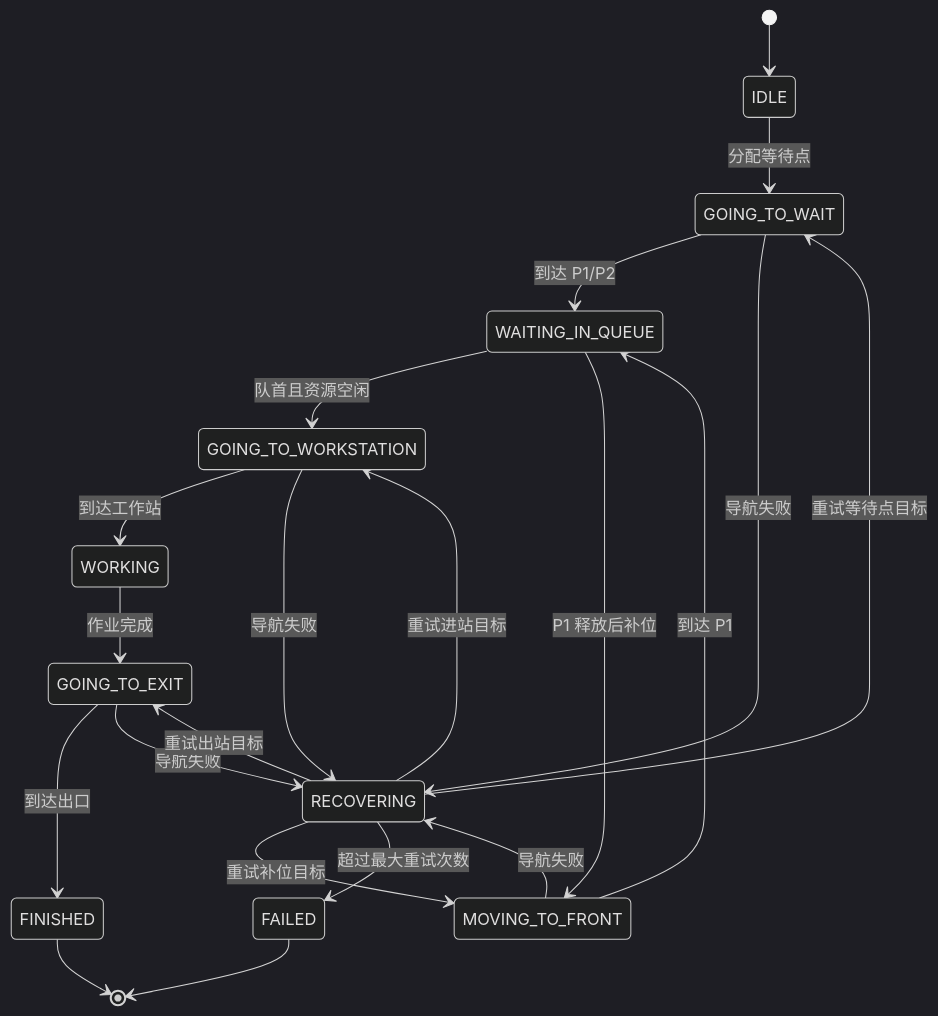
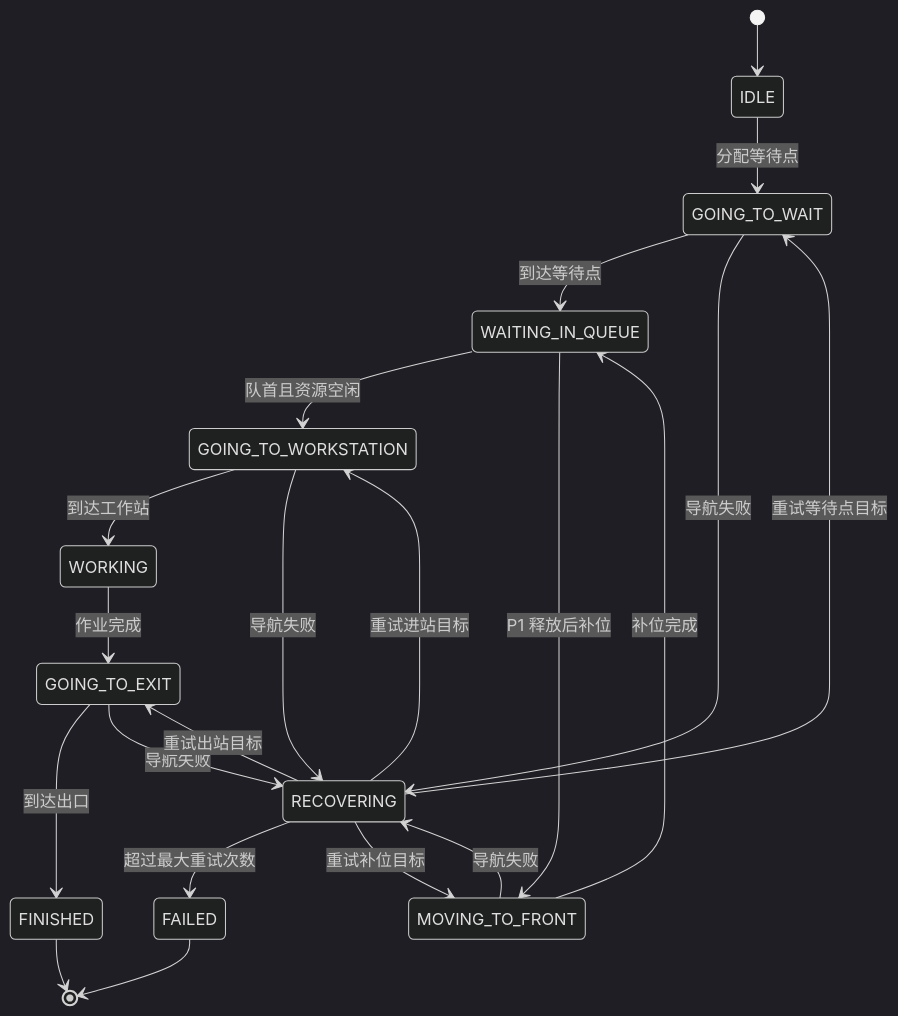
One commit to gghzz/ros2-nav2-multi-robot-queue-scheduling changed the second of 2 diagrams in README.md. Above: the diagram before and after it, drawn with Mermaid (dark theme). The commit also changed other lines of this file, not shown here.

````diff
--- a/README.md
+++ b/README.md
@@ -64,31 +94,31 @@
 ```mermaid
 stateDiagram-v2
     [*] --> IDLE
 
     IDLE --> GOING_TO_WAIT: 分配等待点
-    GOING_TO_WAIT --> WAITING_IN_QUEUE: 到达 P1/P2
+    GOING_TO_WAIT --> WAITING_IN_QUEUE: 到达等待点
 
     WAITING_IN_QUEUE --> GOING_TO_WORKSTATION: 队首且资源空闲
     WAITING_IN_QUEUE --> MOVING_TO_FRONT: P1 释放后补位
 
-    MOVING_TO_FRONT --> WAITING_IN_QUEUE: 到达 P1
+    MOVING_TO_FRONT --> WAITING_IN_QUEUE: 补位完成
 
     GOING_TO_WORKSTATION --> WORKING: 到达工作站
     WORKING --> GOING_TO_EXIT: 作业完成
 
     GOING_TO_EXIT --> FINISHED: 到达出口
 
     GOING_TO_WAIT --> RECOVERING: 导航失败
     MOVING_TO_FRONT --> RECOVERING: 导航失败
     GOING_TO_WORKSTATION --> RECOVERING: 导航失败
     GOING_TO_EXIT --> RECOVERING: 导航失败
 
+    RECOVERING --> FAILED: 超过最大重试次数
     RECOVERING --> GOING_TO_WAIT: 重试等待点目标
     RECOVERING --> MOVING_TO_FRONT: 重试补位目标
     RECOVERING --> GOING_TO_WORKSTATION: 重试进站目标
     RECOVERING --> GOING_TO_EXIT: 重试出站目标
-    RECOVERING --> FAILED: 超过最大重试次数
 
     FINISHED --> [*]
     FAILED --> [*]
 ```
````
